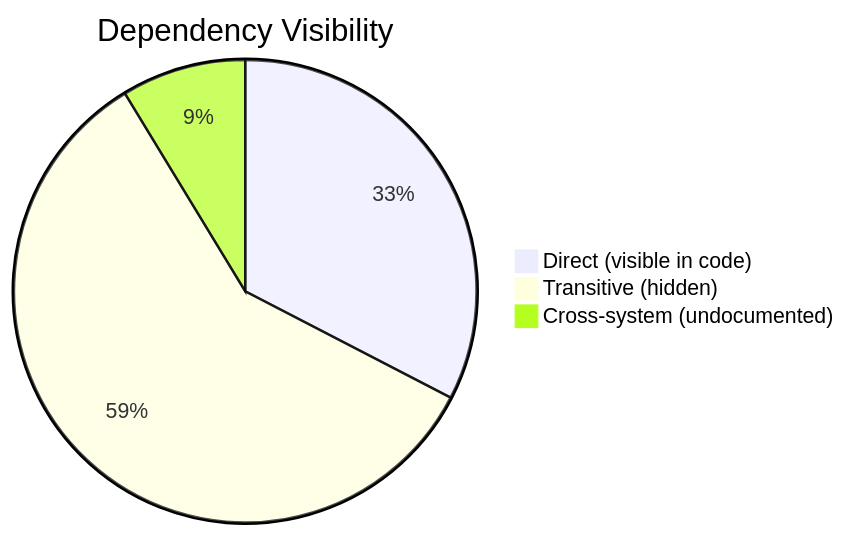
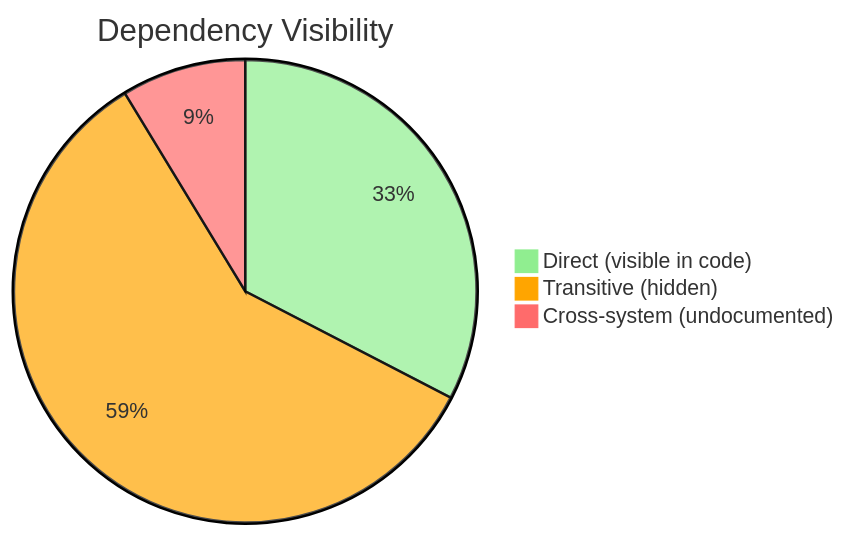
The sixth of 6 diagrams in docs/diagrams/transitive-chains.md (phantom-man/PROVES_LIBRARY), drawn with Mermaid before and after one commit. The commit also changed other lines of this file and 10 other files, not shown here.

Commit message:
chore: remove leftover mermaid customizations

````diff
--- a/docs/diagrams/transitive-chains.md
+++ b/docs/diagrams/transitive-chains.md
@@ -409,6 +413,7 @@
 ```mermaid
+%%{init: {'theme':'base', 'themeVariables': { 'pie1':'#90ee90', 'pie2':'#ffa500', 'pie3':'#ff6b6b'}}}%%
 pie title Dependency Visibility
     "Direct (visible in code)" : 15
     "Transitive (hidden)" : 27
     "Cross-system (undocumented)" : 4
 ```
````
